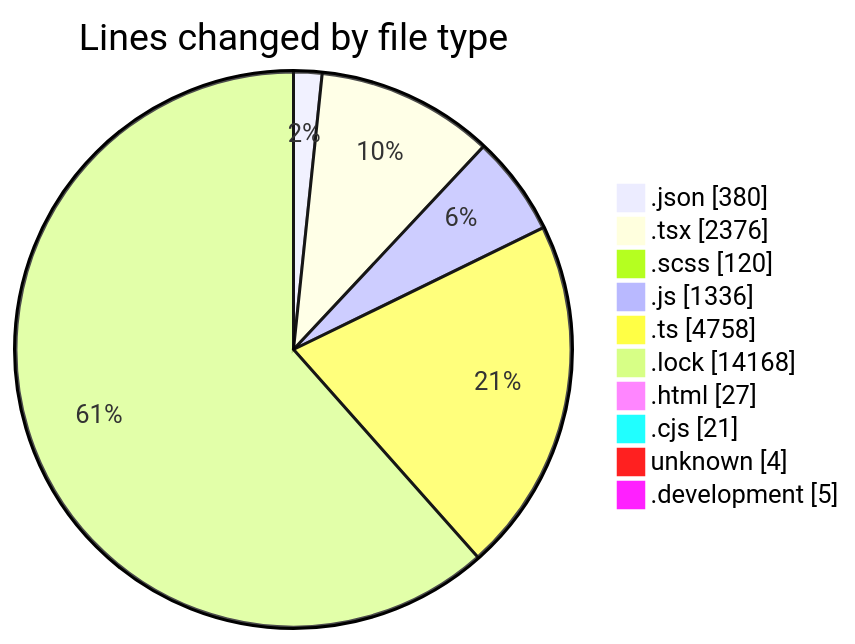
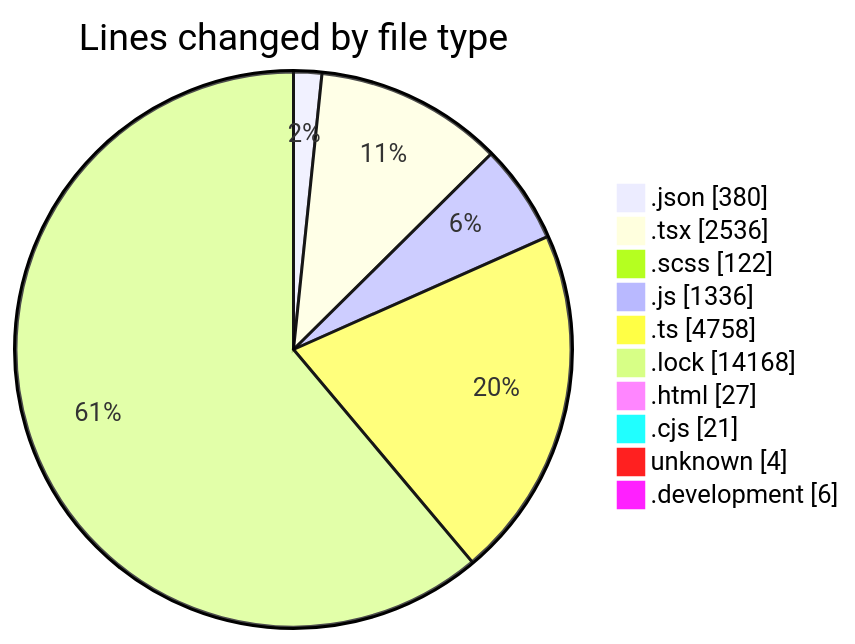
One commit to momahboobian/code-tracking changed the first of 2 diagrams in 2026-09-03/cda/README.md. Above: the diagram before and after it, drawn with Mermaid. The commit also changed other lines of this file and 1 other file, not shown here.

````diff
--- a/2026-09-03/cda/README.md
+++ b/2026-09-03/cda/README.md
@@ -59,14 +60,14 @@
 ```mermaid
 pie showData
 title Lines changed by file type
 ".json" : 380
-".tsx" : 2376
-".scss" : 120
+".tsx" : 2536
+".scss" : 122
 ".js" : 1336
 ".ts" : 4758
 ".lock" : 14168
 ".html" : 27
 ".cjs" : 21
 "unknown" : 4
-".development" : 5
+".development" : 6
 ```
````
